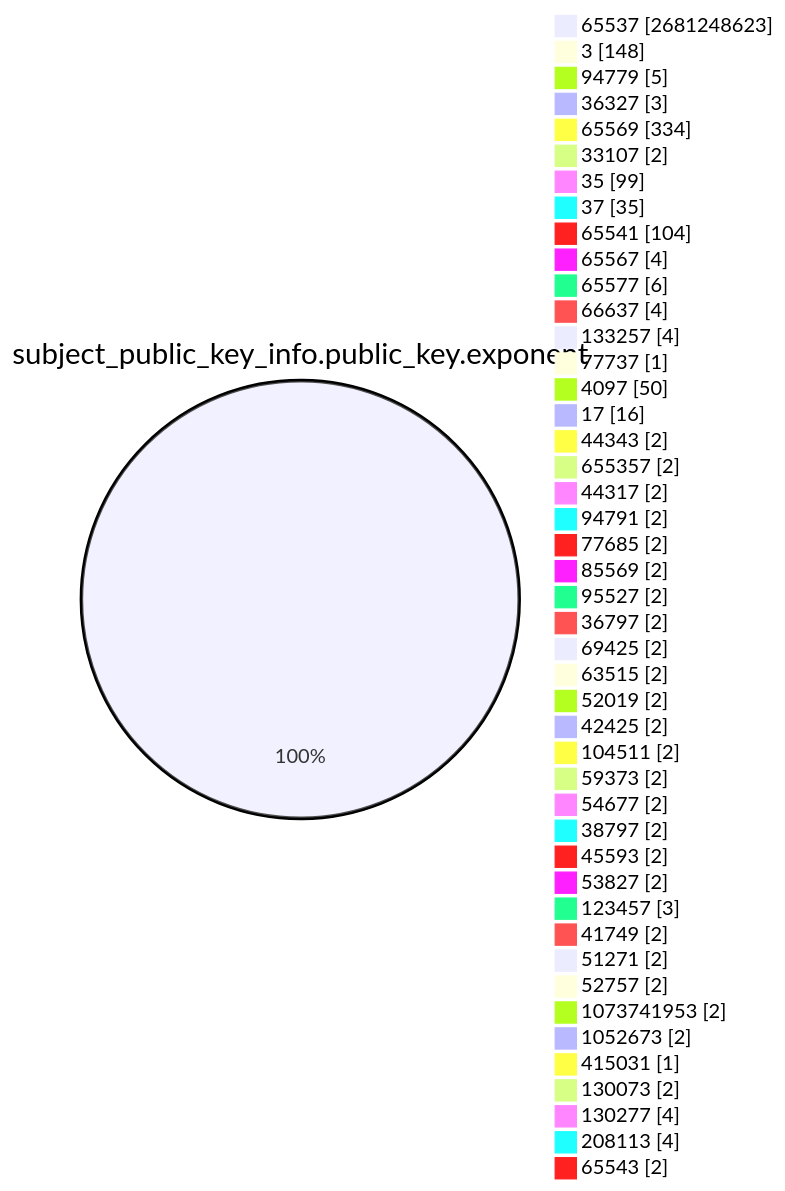
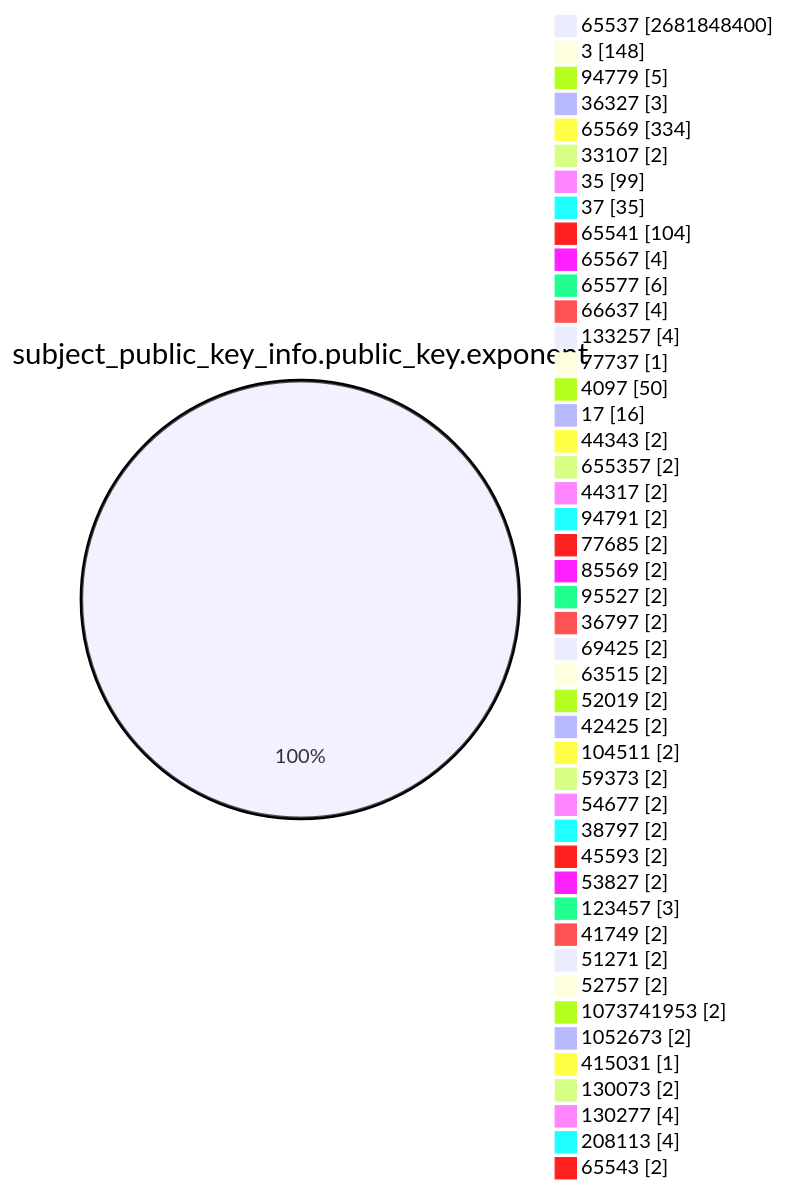
Before and after one commit to christiankrug/ctmonitor_visualization: the fourth of 15 diagrams in TOTAL/README.md, drawn with Mermaid. The commit also changed other lines of this file, not shown here.

````diff
--- a/TOTAL/README.md
+++ b/TOTAL/README.md
@@ -1466,49 +1466,49 @@
 ```mermaid
 pie showData
 title subject_public_key_info.public_key.exponent
-"65537" :2681248623
+"65537" :2681848400
 "3" :148
 "94779" :5
 "36327" :3
 "65569" :334
 "33107" :2
 "35" :99
 "37" :35
 "65541" :104
 "65567" :4
 "65577" :6
 "66637" :4
 "133257" :4
 "77737" :1
 "4097" :50
 "17" :16
 "44343" :2
 "655357" :2
 "44317" :2
 "94791" :2
 "77685" :2
 "85569" :2
 "95527" :2
 "36797" :2
 "69425" :2
 "63515" :2
 "52019" :2
 "42425" :2
 "104511" :2
 "59373" :2
 "54677" :2
 "38797" :2
 "45593" :2
 "53827" :2
 "123457" :3
 "41749" :2
 "51271" :2
 "52757" :2
 "1073741953" :2
 "1052673" :2
 "415031" :1
 "130073" :2
 "130277" :4
 "208113" :4
 "65543" :2
 ```
````
